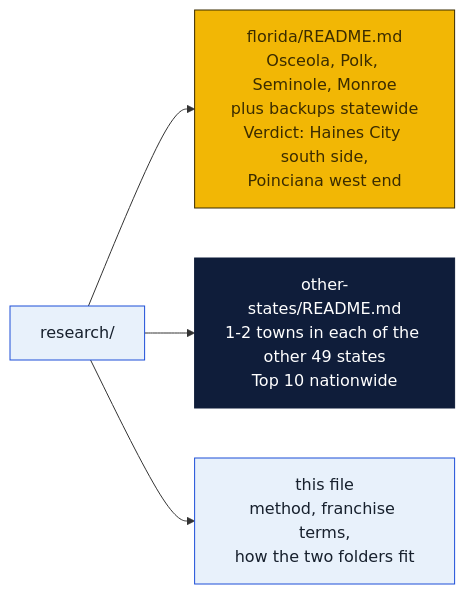
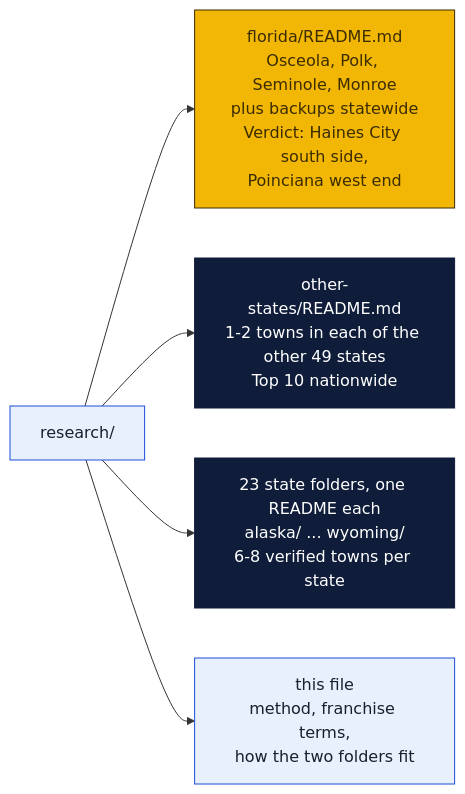
One commit to wbp318/goin-postal-forsythe changed the first of 4 diagrams in research/README.md. Above: the diagram before and after it, drawn with Mermaid. The commit also changed other lines of this file and 26 other files, not shown here.

First line of the commit message:
Research: one README per state for the 23 states with no Goin' Postal

````diff
--- a/research/README.md
+++ b/research/README.md
@@ -5,12 +5,13 @@
 ```mermaid
 flowchart LR
   R["research/"] --> F["florida/README.md<br/>Osceola, Polk, Seminole, Monroe<br/>plus backups statewide<br/>Verdict: Haines City south side,<br/>Poinciana west end"]
   R --> O["other-states/README.md<br/>1-2 towns in each of the other 49 states<br/>Top 10 nationwide"]
+  R --> S["23 state folders, one README each<br/>alaska/ ... wyoming/<br/>6-8 verified towns per state"]
   R --> T["this file<br/>method, franchise terms,<br/>how the two folders fit"]
   classDef store fill:#f2b705,stroke:#3b2c00,color:#3b2c00
   classDef cloud fill:#0f1d3a,stroke:#0f1d3a,color:#ffffff
   classDef you fill:#e8f1fb,stroke:#1d4ed8,color:#17202d
   class F store
-  class O cloud
+  class O,S cloud
   class R,T you
 ```
````
